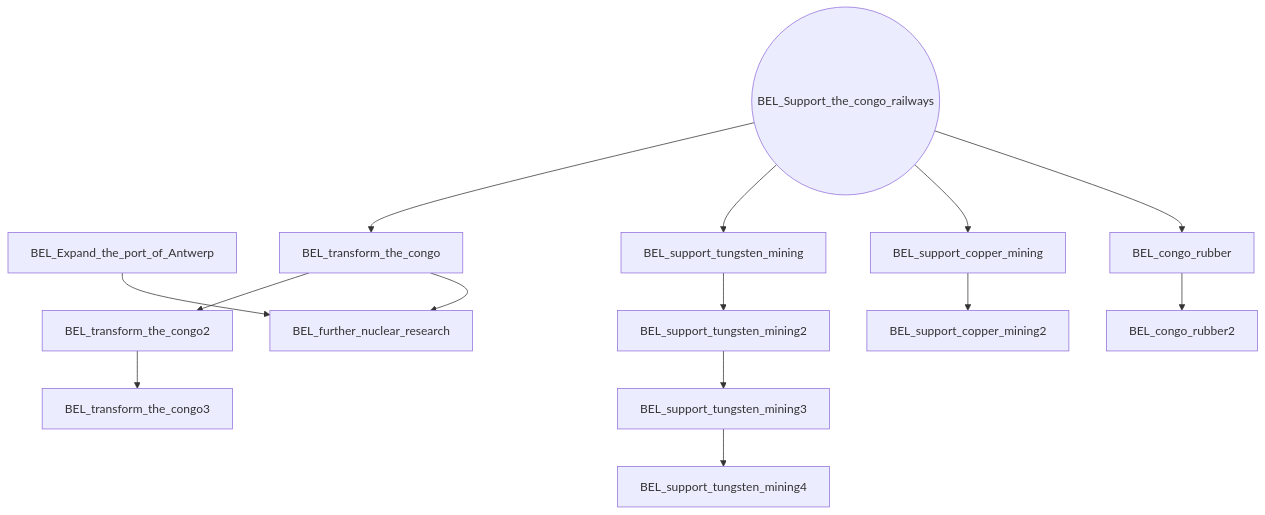
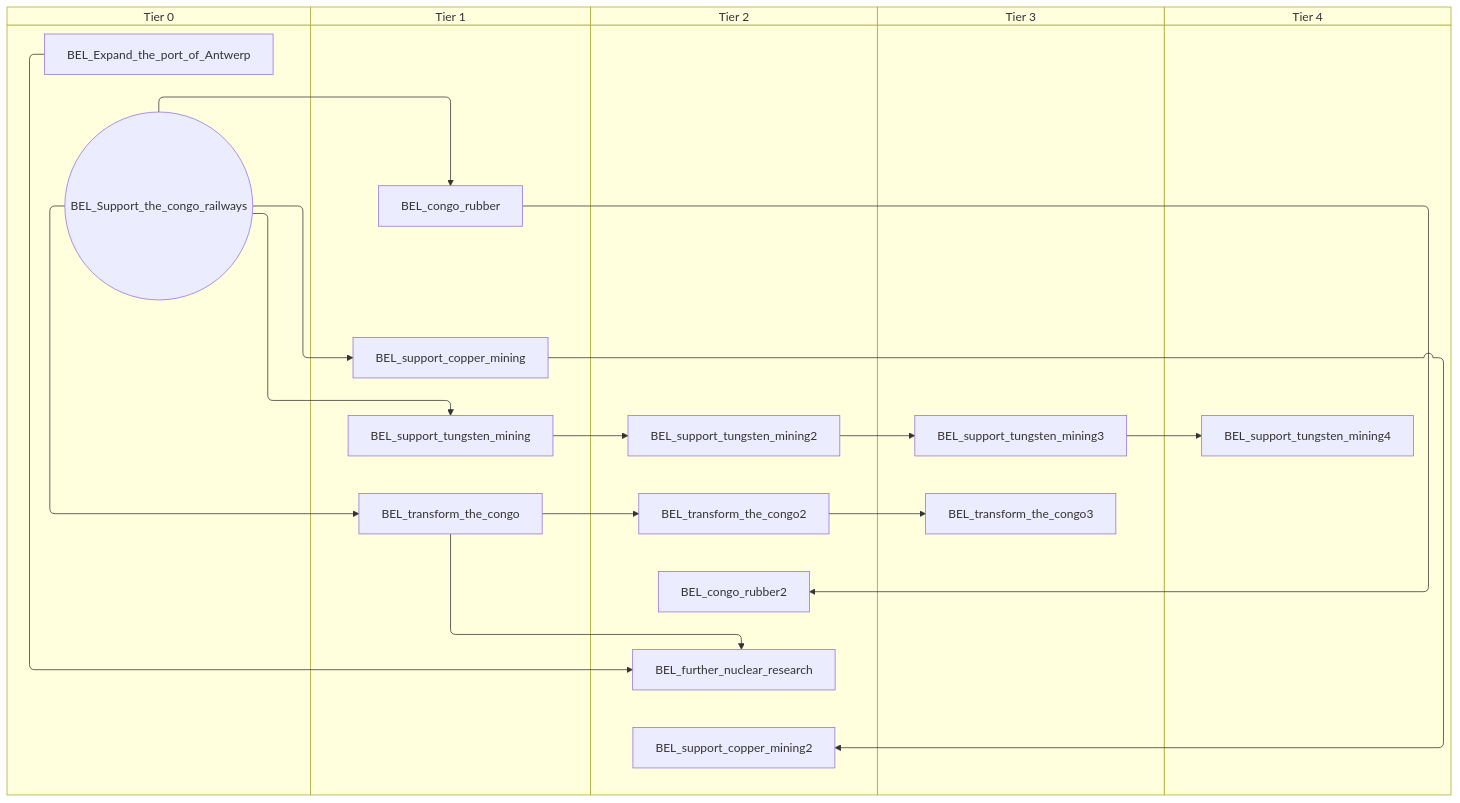
One commit to evgeny-sobol/hoi4-sandbox-mode-r56 changed the first of 13 diagrams in docs/gdd/National Focuses/r56/r56_belgium.md. Above: the diagram before and after it, drawn with Mermaid. The commit also changed other lines of this file and 423 other files, not shown here.

First line of the commit message:
Re-export Rt56 focus trees as swimlane diagrams

````diff
--- a/docs/gdd/National Focuses/r56/r56_belgium.md
+++ b/docs/gdd/National Focuses/r56/r56_belgium.md
@@ -3,30 +3,40 @@
 ```mermaid
-flowchart TD
-    n1["BEL_Expand_the_port_of_Antwerp"]
-    n2(("BEL_Support_the_congo_railways"))
-    n3["BEL_congo_rubber"]
-    n4["BEL_congo_rubber2"]
-    n5["BEL_further_nuclear_research"]
-    n6["BEL_support_copper_mining"]
-    n7["BEL_support_copper_mining2"]
-    n8["BEL_support_tungsten_mining"]
-    n9["BEL_support_tungsten_mining2"]
-    n10["BEL_support_tungsten_mining3"]
-    n11["BEL_support_tungsten_mining4"]
-    n12["BEL_transform_the_congo"]
-    n13["BEL_transform_the_congo2"]
-    n14["BEL_transform_the_congo3"]
+swimlane-beta TD
+    subgraph tier_0["Tier 0"]
+        n1["BEL_Expand_the_port_of_Antwerp"]
+        n2(("BEL_Support_the_congo_railways"))
+    end
+    subgraph tier_1["Tier 1"]
+        n3["BEL_congo_rubber"]
+        n4["BEL_support_copper_mining"]
+        n5["BEL_support_tungsten_mining"]
+        n6["BEL_transform_the_congo"]
+    end
+    subgraph tier_2["Tier 2"]
+        n7["BEL_congo_rubber2"]
+        n8["BEL_further_nuclear_research"]
+        n9["BEL_support_copper_mining2"]
+        n10["BEL_support_tungsten_mining2"]
+        n11["BEL_transform_the_congo2"]
+    end
+    subgraph tier_3["Tier 3"]
+        n12["BEL_support_tungsten_mining3"]
+        n13["BEL_transform_the_congo3"]
+    end
+    subgraph tier_4["Tier 4"]
+        n14["BEL_support_tungsten_mining4"]
+    end
     n2 --> n3
-    n3 --> n4
-    n12 --> n5
-    n1 --> n5
+    n3 --> n7
+    n6 --> n8
+    n1 --> n8
+    n2 --> n4
+    n4 --> n9
+    n2 --> n5
+    n5 --> n10
+    n10 --> n12
+    n12 --> n14
     n2 --> n6
-    n6 --> n7
-    n2 --> n8
-    n8 --> n9
-    n9 --> n10
-    n10 --> n11
-    n2 --> n12
-    n12 --> n13
-    n13 --> n14
+    n6 --> n11
+    n11 --> n13
 ```
````
